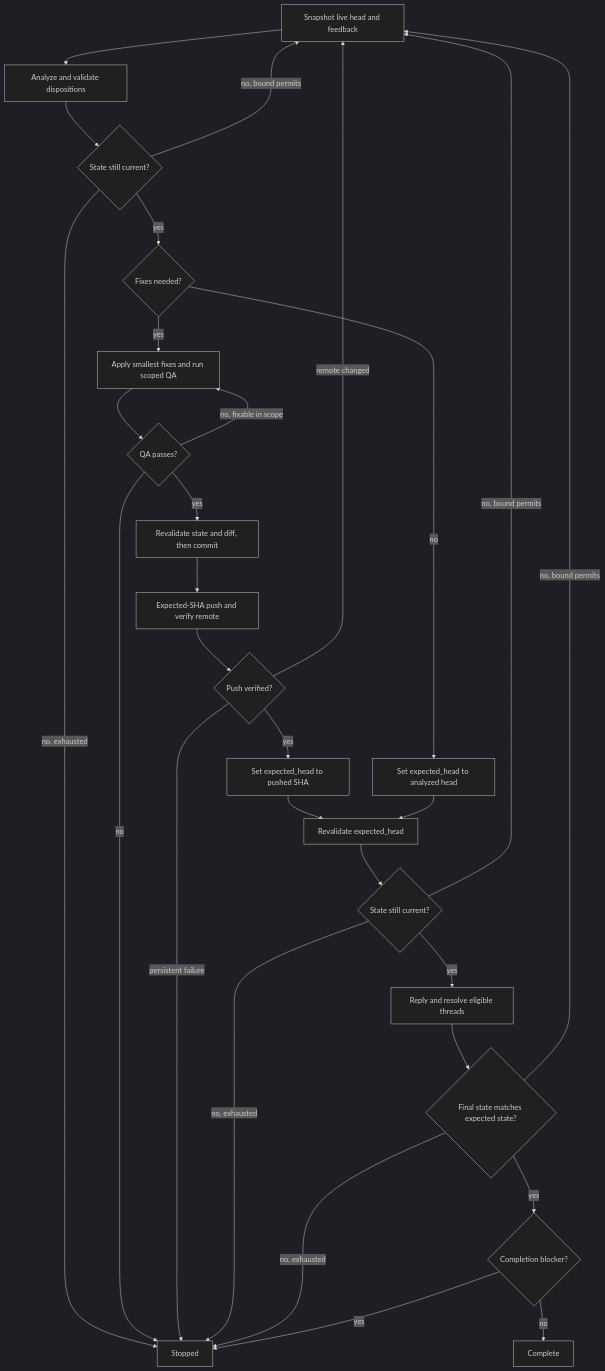
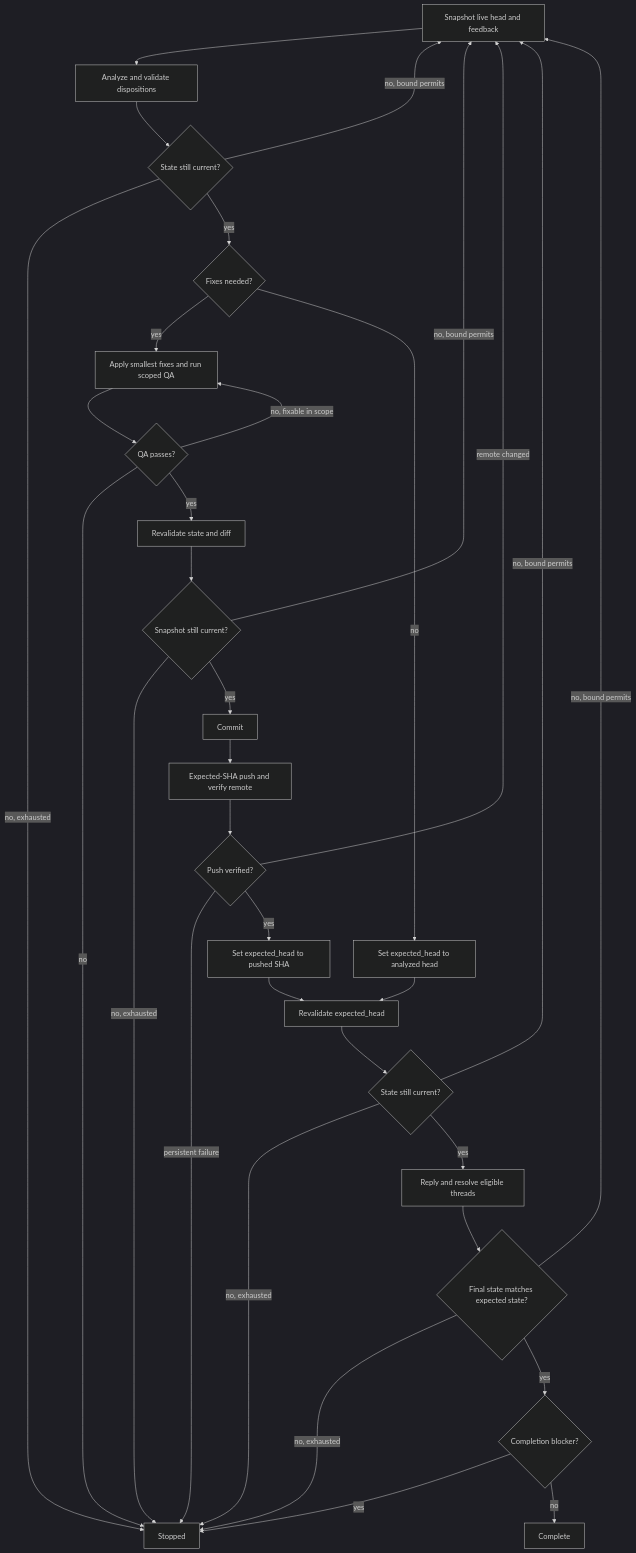
One commit to dceoy/pr-loop changed the diagram in skills/pr-feedback-triage/SKILL.md. Above: the diagram before and after it, drawn with Mermaid (dark theme).

Commit message:
Restart triage when revalidation fails

````diff
--- a/skills/pr-feedback-triage/SKILL.md
+++ b/skills/pr-feedback-triage/SKILL.md
@@ -48,31 +48,35 @@
 ```mermaid
 flowchart TD
   A[Snapshot live head and feedback] --> B[Analyze and validate dispositions]
   B --> C{State still current?}
   C -->|no, bound permits| A
   C -->|no, exhausted| X[Stopped]
   C -->|yes| D{Fixes needed?}
   D -->|yes| E[Apply smallest fixes and run scoped QA]
   E --> F{QA passes?}
   F -->|no, fixable in scope| E
   F -->|no| X
-  F -->|yes| G[Revalidate state and diff, then commit]
-  G --> H[Expected-SHA push and verify remote]
+  F -->|yes| G[Revalidate state and diff]
+  G --> R{Snapshot still current?}
+  R -->|no, bound permits| A
+  R -->|no, exhausted| X
+  R -->|yes| S[Commit]
+  S --> H[Expected-SHA push and verify remote]
   H --> I{Push verified?}
   I -->|remote changed| A
   I -->|persistent failure| X
   I -->|yes| J[Set expected_head to pushed SHA]
   D -->|no| K[Set expected_head to analyzed head]
   J --> L[Revalidate expected_head]
   K --> L
   L --> M{State still current?}
   M -->|no, bound permits| A
   M -->|no, exhausted| X
   M -->|yes| N[Reply and resolve eligible threads]
   N --> O{Final state matches expected state?}
   O -->|no, bound permits| A
   O -->|no, exhausted| X
   O -->|yes| P{Completion blocker?}
   P -->|yes| X
   P -->|no| Q[Complete]
 ```
````
